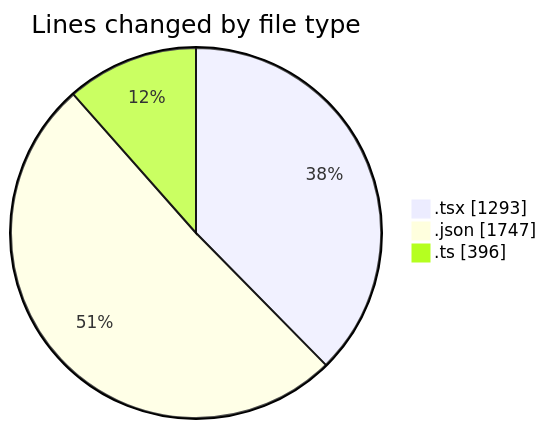
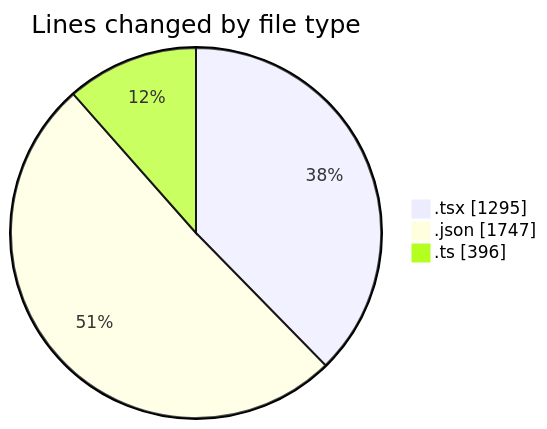
The first of 2 diagrams in 2025-10-30/eventscop-frontend-guide__workspace_/README.md (julien-gomy/code-tracking), drawn with Mermaid before and after one commit. The commit also changed other lines of this file and 1 other file, not shown here.

````diff
--- a/2025-10-30/eventscop-frontend-guide__workspace_/README.md
+++ b/2025-10-30/eventscop-frontend-guide__workspace_/README.md
@@ -31,7 +31,7 @@
 ```mermaid
 pie showData
 title Lines changed by file type
-".tsx" : 1293
+".tsx" : 1295
 ".json" : 1747
 ".ts" : 396
 ```
````
